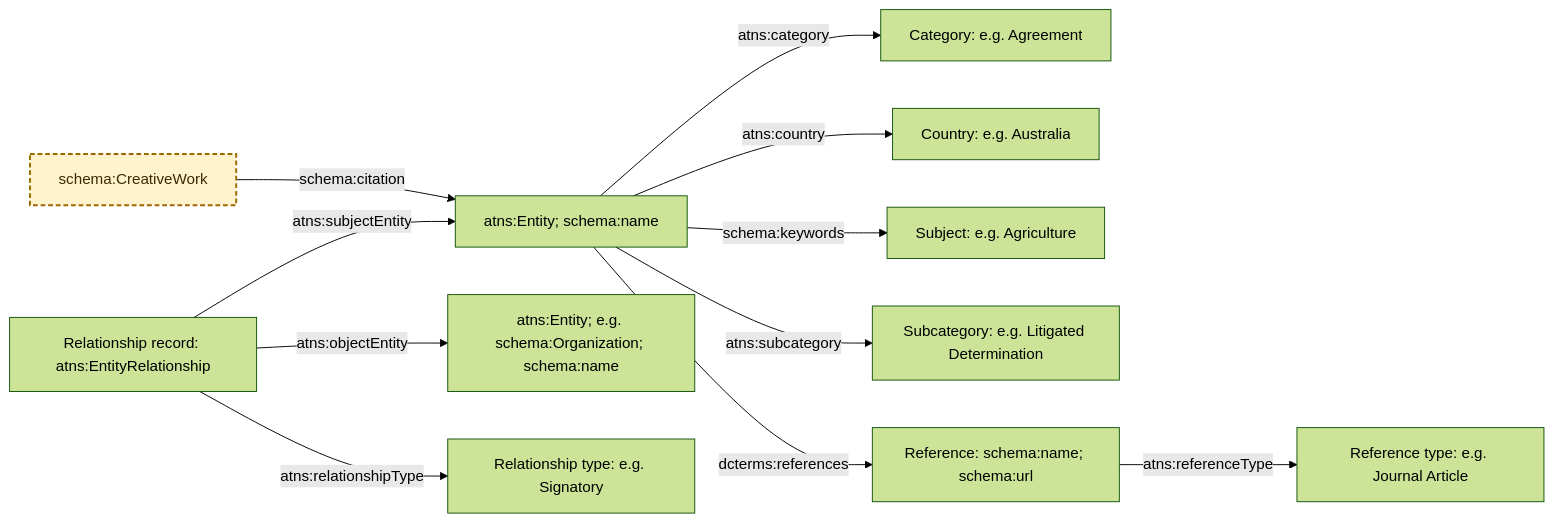
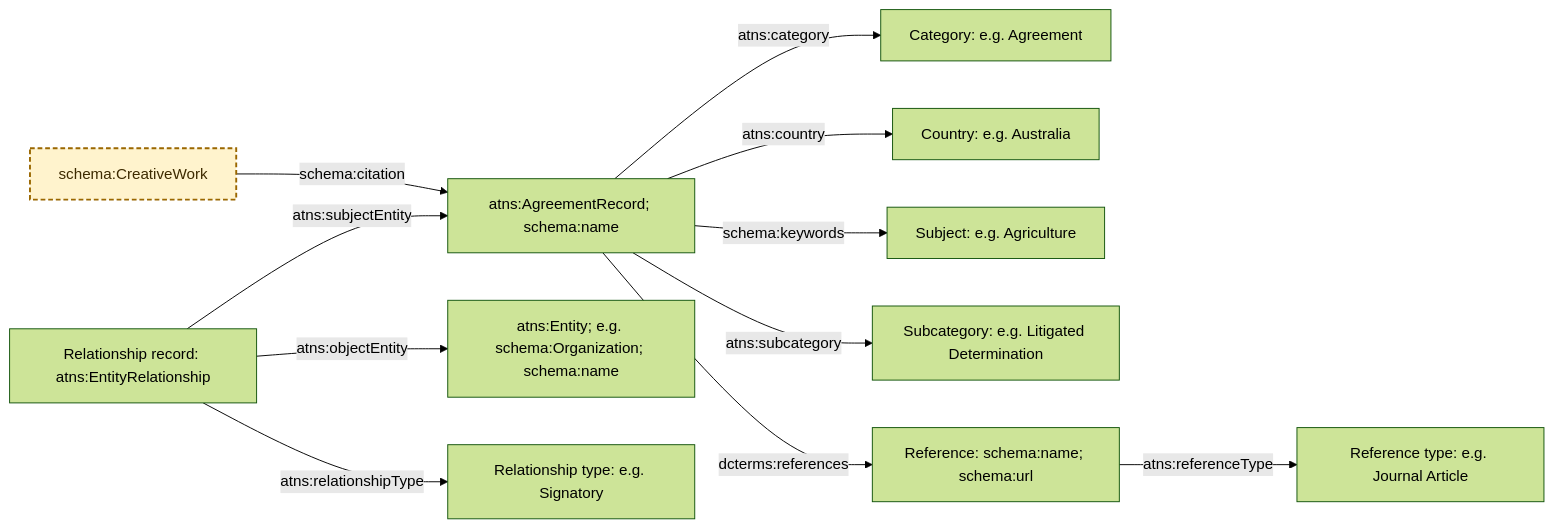
The diagram in README.md (idn-au/atns-preservation), drawn with Mermaid (forest theme) before and after one commit. The commit also changed other lines of this file and 9 other files, not shown here.

Commit message:
Restore ATNS agreement record type

````diff
--- a/README.md
+++ b/README.md
@@ -14,34 +14,34 @@
 ```mermaid
 flowchart LR
     work["schema:CreativeWork"]
-    agreement["atns:Entity; schema:name"]
+    agreement["atns:AgreementRecord; schema:name"]
 
     category["Category: e.g. Agreement"]
     country["Country: e.g. Australia"]
     subject["Subject: e.g. Agriculture"]
     subcategory["Subcategory: e.g. Litigated Determination"]
 
     reference["Reference: schema:name; schema:url"]
     referenceType["Reference type: e.g. Journal Article"]
 
     relationship["Relationship record: atns:EntityRelationship"]
     relatedEntity["atns:Entity; e.g. schema:Organization; schema:name"]
     relationshipType["Relationship type: e.g. Signatory"]
 
     work -->|schema:citation| agreement
 
     agreement -->|atns:category| category
     agreement -->|atns:country| country
     agreement -->|schema:keywords| subject
     agreement -->|atns:subcategory| subcategory
 
     agreement -->|dcterms:references| reference
     reference -->|atns:referenceType| referenceType
 
     relationship -->|atns:subjectEntity| agreement
     relationship -->|atns:objectEntity| relatedEntity
     relationship -->|atns:relationshipType| relationshipType
 
     classDef external fill:#fff3cd,stroke:#9a6700,color:#3d2a00,stroke-width:2px,stroke-dasharray:5 3
     class work external
 ```
````
